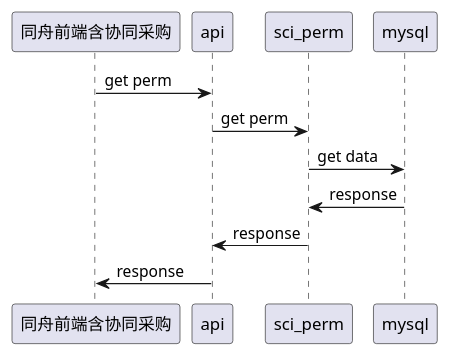
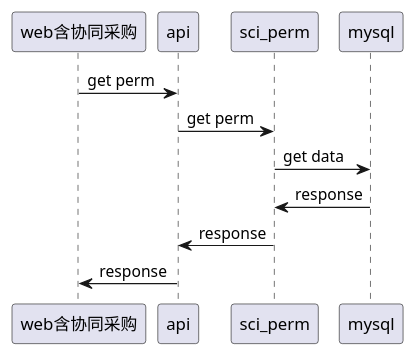
The diagram in my_study/src/main/resources/project/plant_uml/同舟公告栏/数据共享二期_权限流图.puml (cmCAFEBABE/myProjects), drawn with PlantUML before and after one commit. The commit also changed 190 other files, not shown here.

```diff
--- a/my_study/src/main/resources/project/plant_uml/同舟公告栏/数据共享二期_权限流图.puml
+++ b/my_study/src/main/resources/project/plant_uml/同舟公告栏/数据共享二期_权限流图.puml
@@ -1,8 +1,8 @@
 @startuml
-同舟前端含协同采购 -> api: get perm
+web含协同采购 -> api: get perm
 api -> sci_perm: get perm
 sci_perm -> mysql: get data
 mysql -> sci_perm:response
 sci_perm -> api:response
-api -> 同舟前端含协同采购: response
+api -> web含协同采购: response
 @enduml
```
